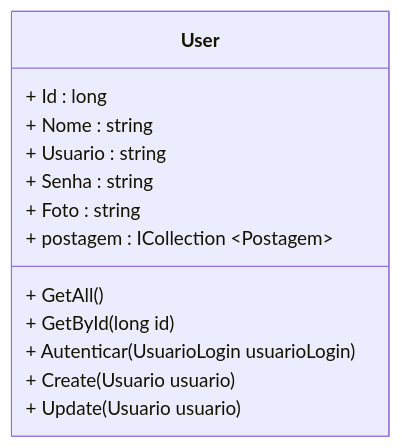
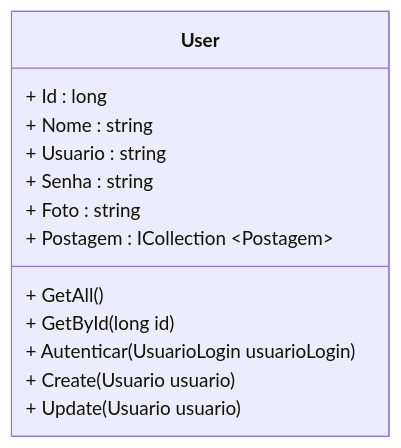
One commit to conteudoGeneration/cookbook_csharp changed the first of 3 diagrams in 04_aspnet/17.md. Above: the diagram before and after it, drawn with Mermaid. The commit also changed other lines of this file, not shown here.

````diff
--- a/04_aspnet/17.md
+++ b/04_aspnet/17.md
@@ -34,16 +34,16 @@
 ```mermaid
 classDiagram
 class User {
   + Id : long
   + Nome : string
   + Usuario : string
   + Senha : string
   + Foto : string
-  + postagem : ICollection ~Postagem~
+  + Postagem : ICollection ~Postagem~
   + GetAll()
   + GetById(long id)
   + Autenticar(UsuarioLogin usuarioLogin)
   + Create(Usuario usuario)
   + Update(Usuario usuario)
 }
 ```
````
